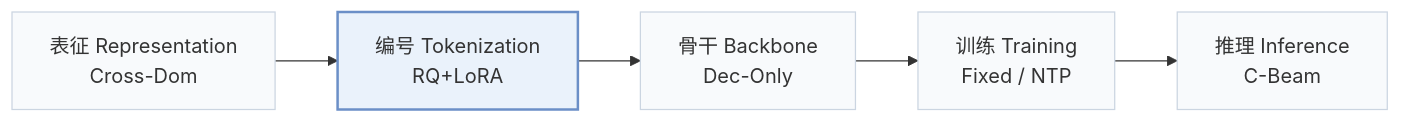
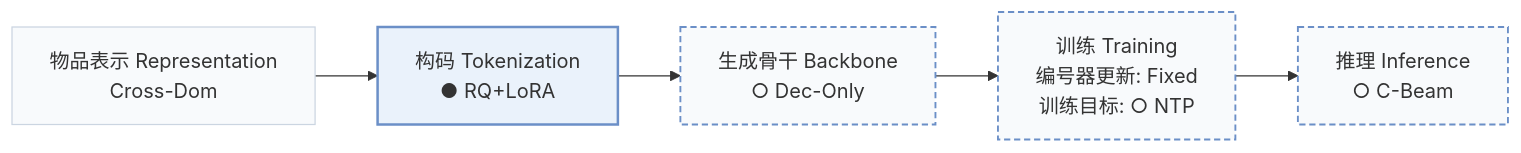
The first of 3 diagrams in pages/zh/papers/gencdr.md (Galaxy-ghost/Awesome-SID-Generative-Rec), drawn with Mermaid before and after one commit. The commit also changed other lines of this file and 558 other files, not shown here.

````diff
--- a/pages/zh/papers/gencdr.md
+++ b/pages/zh/papers/gencdr.md
@@ -15,8 +19,10 @@
 ```mermaid
 flowchart LR
-    R["表征 Representation<br/>Cross-Dom"] --> T["编号 Tokenization<br/>RQ+LoRA"] --> B["骨干 Backbone<br/>Dec-Only"] --> TR["训练 Training<br/>Fixed / NTP"] --> I["推理 Inference<br/>C-Beam"]
+    R["物品表示 Representation<br/>Cross-Dom"] --> T["构码 Tokenization<br/>● RQ+LoRA"] --> B["生成骨干 Backbone<br/>○ Dec-Only"] --> TR["训练 Training<br/>编号器更新: Fixed<br/>训练目标: ○ NTP"] --> I["推理 Inference<br/>○ C-Beam"]
     classDef base fill:#f8fafc,stroke:#cbd5e1
     class R,T,B,TR,I base
+    classDef other fill:#f8fafc,stroke:#6b8fc7,stroke-width:1.5px,stroke-dasharray:5 3
+    class B,TR,I other
     classDef main fill:#eaf2fb,stroke:#6b8fc7,stroke-width:2px
     class T main
 ```
````
